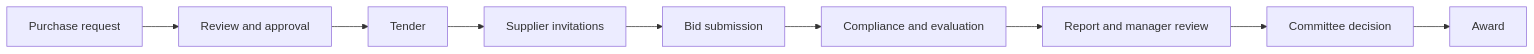
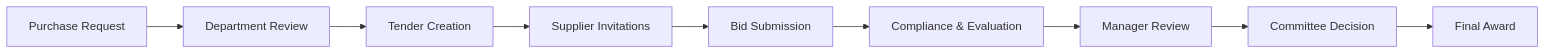
Before and after one commit to M-Khasawneh/STMS: the diagram in README.md, drawn with Mermaid. The commit also changed other lines of this file, not shown here.

````diff
--- a/README.md
+++ b/README.md
@@ -72,11 +75,11 @@
 ```mermaid
 flowchart LR
-    A[Purchase request] --> B[Review and approval]
-    B --> C[Tender]
-    C --> D[Supplier invitations]
-    D --> E[Bid submission]
-    E --> F[Compliance and evaluation]
-    F --> G[Report and manager review]
-    G --> H[Committee decision]
-    H --> I[Award]
+    A[Purchase Request] --> B[Department Review]
+    B --> C[Tender Creation]
+    C --> D[Supplier Invitations]
+    D --> E[Bid Submission]
+    E --> F[Compliance & Evaluation]
+    F --> G[Manager Review]
+    G --> H[Committee Decision]
+    H --> I[Final Award]
 ```
````
